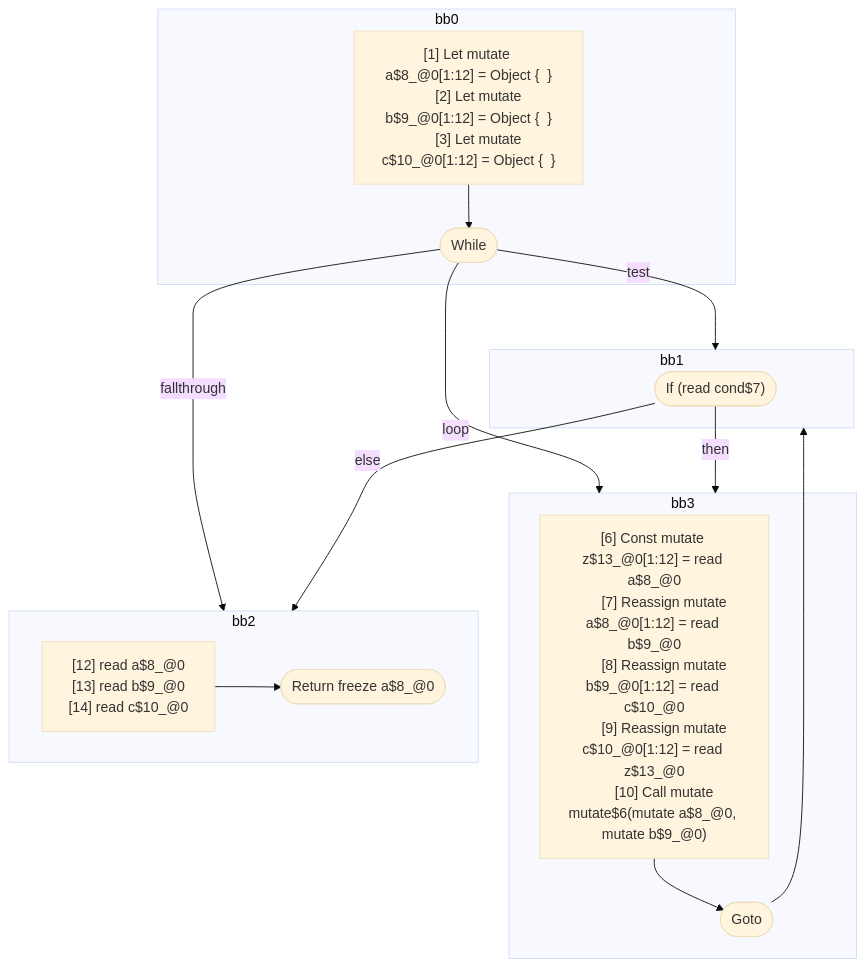
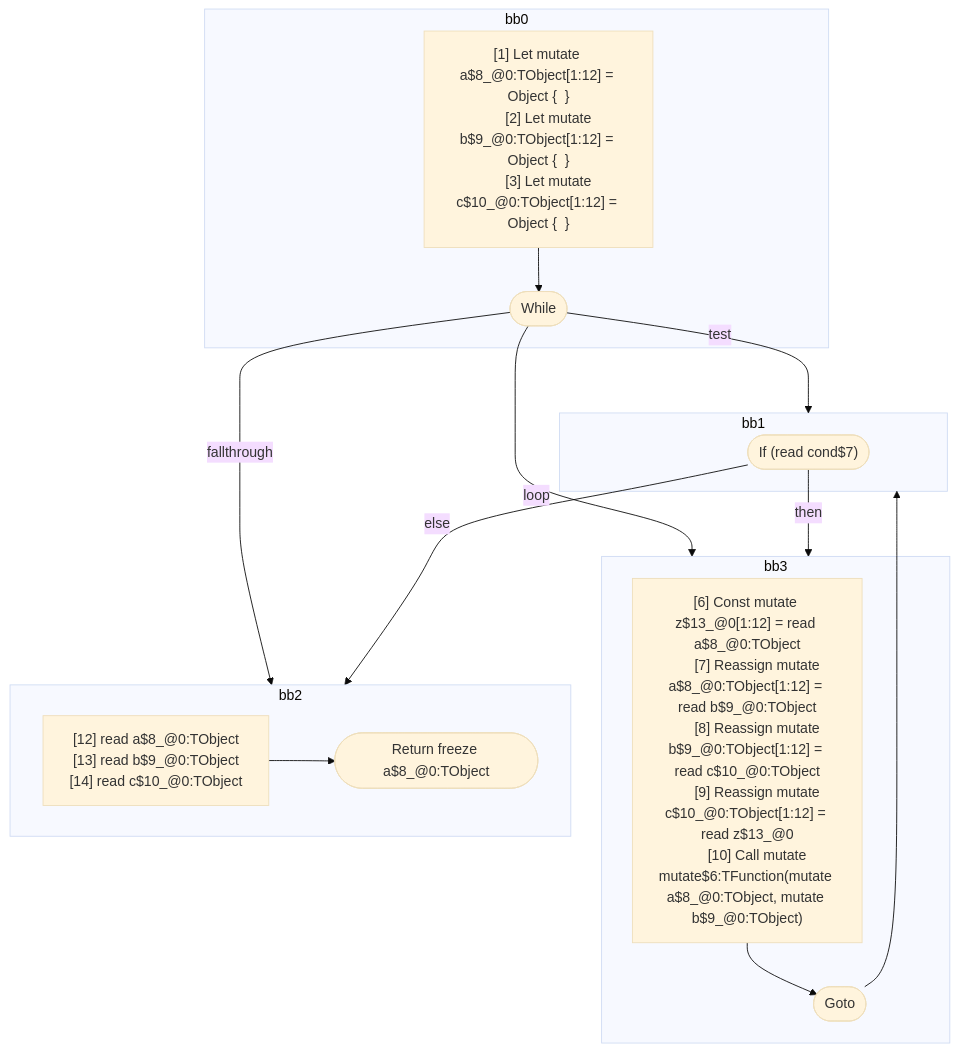
One commit to wutsmog/private changed the first of 2 diagrams in compiler/forget/src/__tests__/fixtures/hir/alias-while.expect.md. Above: the diagram before and after it, drawn with Mermaid (base theme). The commit also changed other lines of this file and 112 other files, not shown here.

````diff
--- a/compiler/forget/src/__tests__/fixtures/hir/alias-while.expect.md
+++ b/compiler/forget/src/__tests__/fixtures/hir/alias-while.expect.md
@@ -85,42 +85,42 @@
 ```mermaid
 flowchart TB
   %% Basic Blocks
   subgraph bb0
     bb0_instrs["
-      [1] Let mutate a$8_@0[1:12] = Object {  }
-      [2] Let mutate b$9_@0[1:12] = Object {  }
-      [3] Let mutate c$10_@0[1:12] = Object {  }
+      [1] Let mutate a$8_@0:TObject[1:12] = Object {  }
+      [2] Let mutate b$9_@0:TObject[1:12] = Object {  }
+      [3] Let mutate c$10_@0:TObject[1:12] = Object {  }
     "]
     bb0_instrs --> bb0_terminal(["While"])
   end
   subgraph bb1
     bb1_terminal(["If (read cond$7)"])
   end
   subgraph bb3
     bb3_instrs["
-      [6] Const mutate z$13_@0[1:12] = read a$8_@0
-      [7] Reassign mutate a$8_@0[1:12] = read b$9_@0
-      [8] Reassign mutate b$9_@0[1:12] = read c$10_@0
-      [9] Reassign mutate c$10_@0[1:12] = read z$13_@0
-      [10] Call mutate mutate$6(mutate a$8_@0, mutate b$9_@0)
+      [6] Const mutate z$13_@0[1:12] = read a$8_@0:TObject
+      [7] Reassign mutate a$8_@0:TObject[1:12] = read b$9_@0:TObject
+      [8] Reassign mutate b$9_@0:TObject[1:12] = read c$10_@0:TObject
+      [9] Reassign mutate c$10_@0:TObject[1:12] = read z$13_@0
+      [10] Call mutate mutate$6:TFunction(mutate a$8_@0:TObject, mutate b$9_@0:TObject)
     "]
     bb3_instrs --> bb3_terminal(["Goto"])
   end
   subgraph bb2
     bb2_instrs["
-      [12] read a$8_@0
-      [13] read b$9_@0
-      [14] read c$10_@0
+      [12] read a$8_@0:TObject
+      [13] read b$9_@0:TObject
+      [14] read c$10_@0:TObject
     "]
-    bb2_instrs --> bb2_terminal(["Return freeze a$8_@0"])
+    bb2_instrs --> bb2_terminal(["Return freeze a$8_@0:TObject"])
   end
 
   %% Jumps
   bb0_terminal -- "test" --> bb1
   bb0_terminal -- "loop" --> bb3
   bb0_terminal -- "fallthrough" --> bb2
   bb1_terminal -- "then" --> bb3
   bb1_terminal -- "else" --> bb2
   bb3_terminal --> bb1
 
 ```
````
